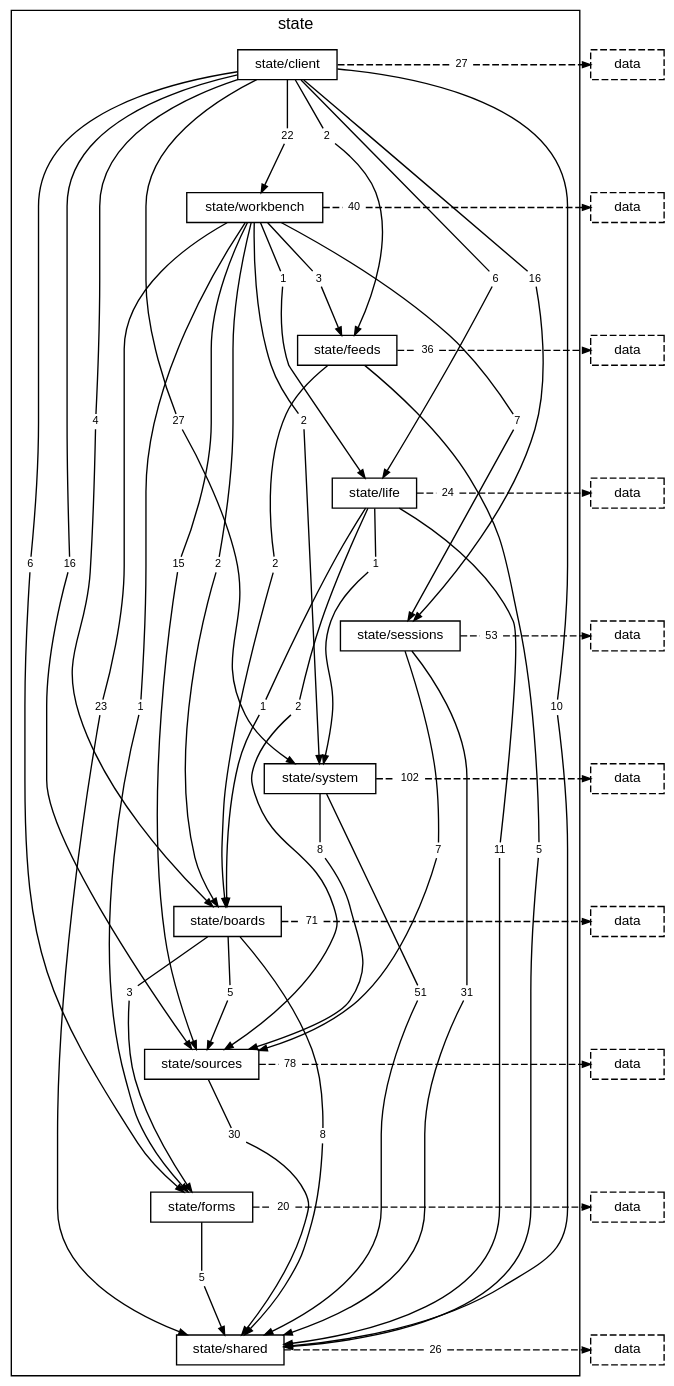
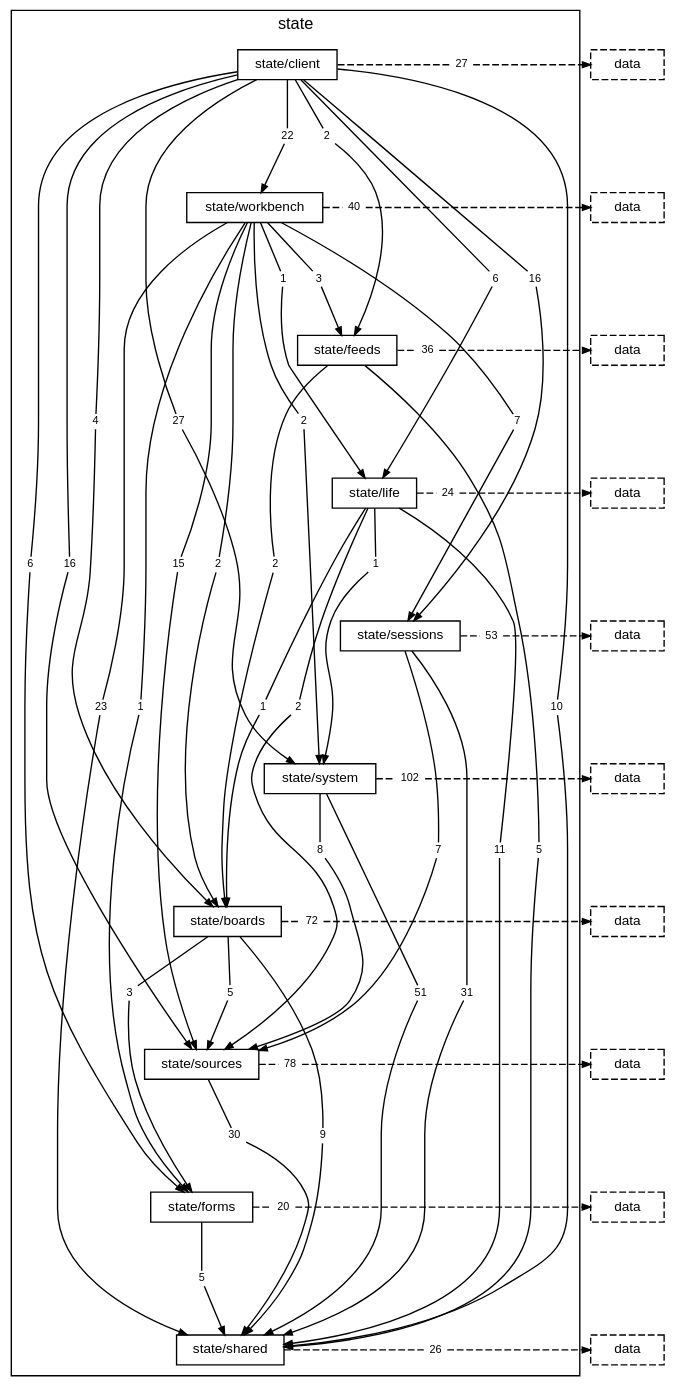
The diagram in docs/diagrams/layer-state.dot (TheAxeC/oculus), drawn with Graphviz before and after one commit. The commit also changed 54 other files, not shown here.

```diff
--- a/docs/diagrams/layer-state.dot
+++ b/docs/diagrams/layer-state.dot
@@ -48,9 +48,9 @@
         "folder state/system to folder state/sources" [label="8", shape=box, color="transparent", fontsize=8, width=0, height=0, margin="0.04,0.02"];
         "folder state/system to layer data" [label="102", shape=box, color="transparent", fontsize=8, width=0, height=0, margin="0.04,0.02"];
         "folder state/boards to folder state/forms" [label="3", shape=box, color="transparent", fontsize=8, width=0, height=0, margin="0.04,0.02"];
-        "folder state/boards to folder state/shared" [label="8", shape=box, color="transparent", fontsize=8, width=0, height=0, margin="0.04,0.02"];
+        "folder state/boards to folder state/shared" [label="9", shape=box, color="transparent", fontsize=8, width=0, height=0, margin="0.04,0.02"];
         "folder state/boards to folder state/sources" [label="5", shape=box, color="transparent", fontsize=8, width=0, height=0, margin="0.04,0.02"];
-        "folder state/boards to layer data" [label="71", shape=box, color="transparent", fontsize=8, width=0, height=0, margin="0.04,0.02"];
+        "folder state/boards to layer data" [label="72", shape=box, color="transparent", fontsize=8, width=0, height=0, margin="0.04,0.02"];
         "folder state/sources to folder state/shared" [label="30", shape=box, color="transparent", fontsize=8, width=0, height=0, margin="0.04,0.02"];
         "folder state/sources to layer data" [label="78", shape=box, color="transparent", fontsize=8, width=0, height=0, margin="0.04,0.02"];
         "folder state/forms to folder state/shared" [label="5", shape=box, color="transparent", fontsize=8, width=0, height=0, margin="0.04,0.02"];
```
